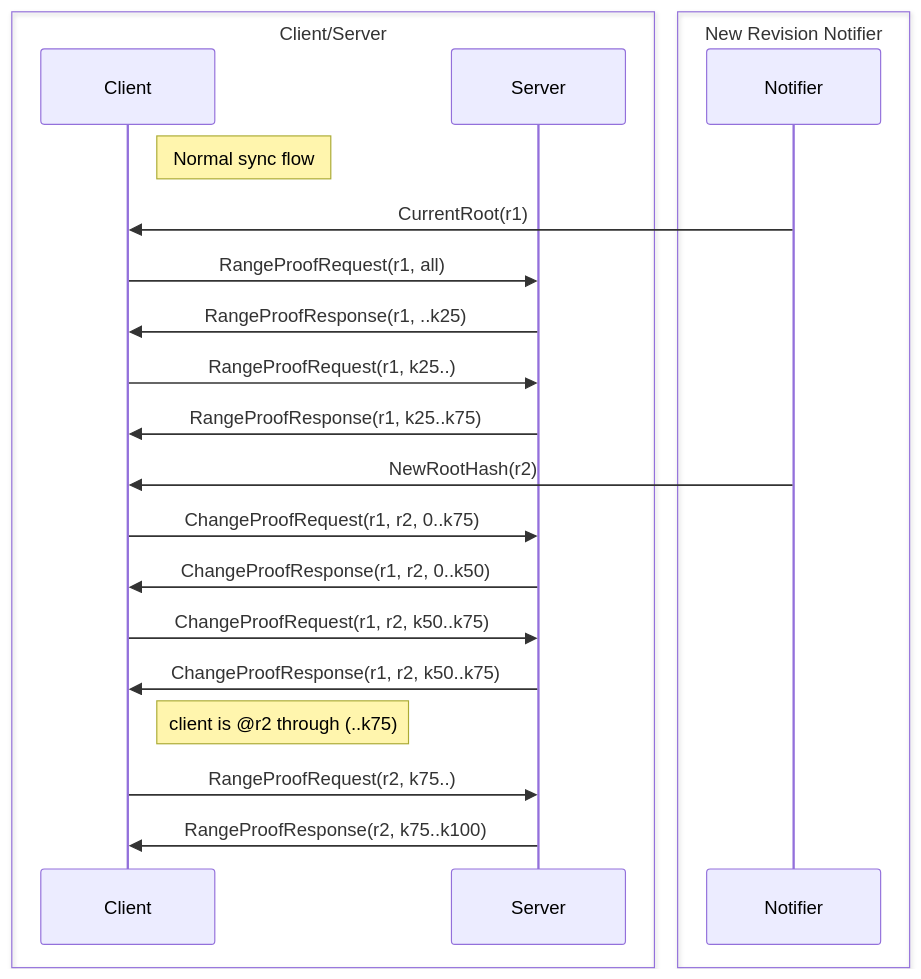
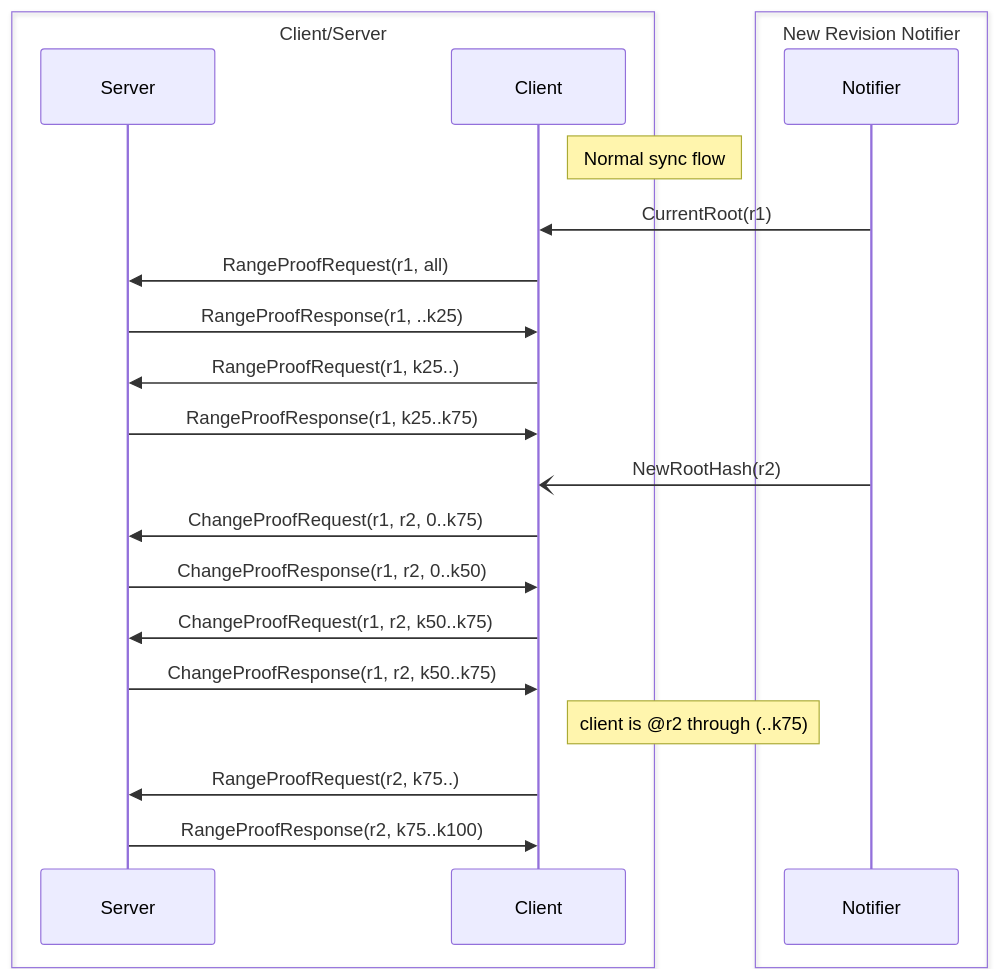
One commit to ava-labs/avalanchego changed the diagram in x/sync/README.md. Above: the diagram before and after it, drawn with Mermaid. The commit also changed other lines of this file, not shown here.

Commit message:
Update mermaid diagram to swap Client and Server

````diff
--- a/x/sync/README.md
+++ b/x/sync/README.md
@@ -134,24 +134,25 @@
 ```mermaid
-  sequenceDiagram
-    Note right of Client: Normal sync flow
+sequenceDiagram
     box Client/Server
+        participant Server
         participant Client
-        participant Server
     end
     box New Revision Notifier
         participant Notifier
     end
+
+    Note right of Client: Normal sync flow
     Notifier->>Client: CurrentRoot(r1)
     Client->>Server: RangeProofRequest(r1, all)
     Server->>Client: RangeProofResponse(r1, ..k25)
     Client->>Server: RangeProofRequest(r1, k25..)
     Server->>Client: RangeProofResponse(r1, k25..k75)
-    Notifier->>Client: NewRootHash(r2)
+    Notifier-)Client: NewRootHash(r2)
     Client->>Server: ChangeProofRequest(r1, r2, 0..k75)
     Server->>Client: ChangeProofResponse(r1, r2, 0..k50)
     Client->>Server: ChangeProofRequest(r1, r2, k50..k75)
     Server->>Client: ChangeProofResponse(r1, r2, k50..k75)
     Note right of Client: client is @r2 through (..k75)
     Client->>Server: RangeProofRequest(r2, k75..)
     Server->>Client: RangeProofResponse(r2, k75..k100)
 ```
````
